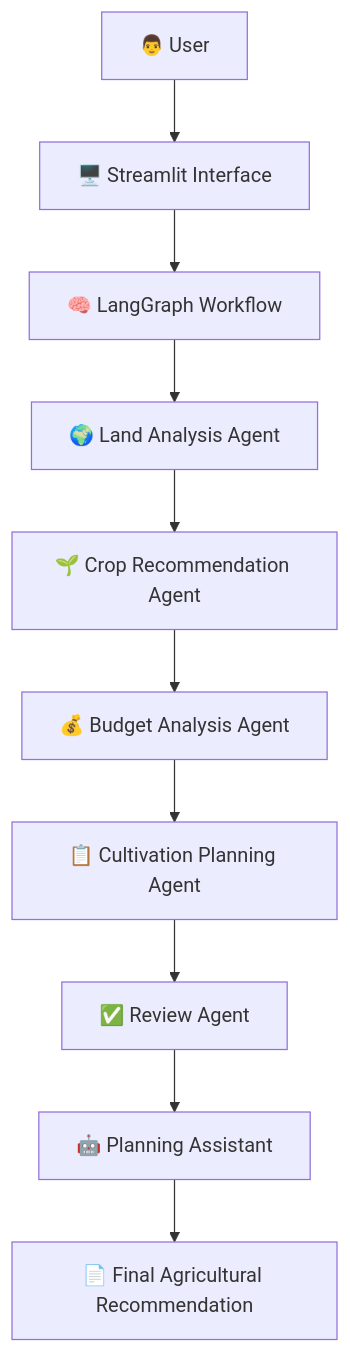
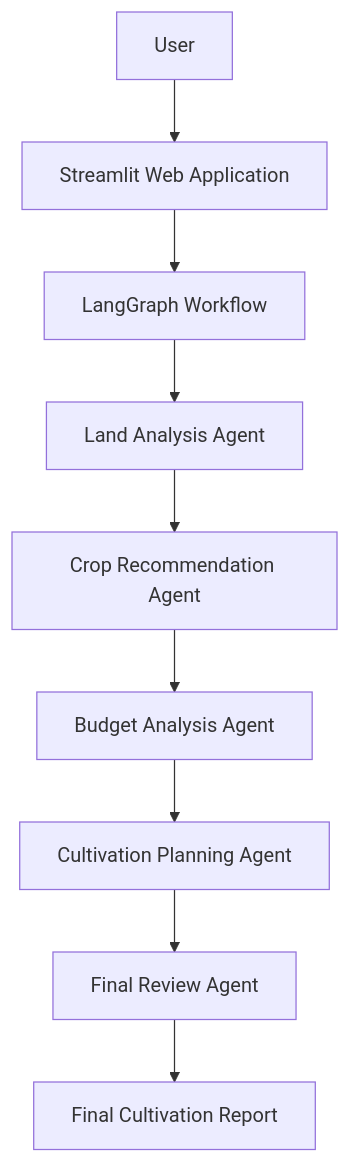
Before and after one commit to dilumgit/Agriculture-Land-Planning-Agent: the first of 3 diagrams in README.md, drawn with Mermaid. The commit also changed other lines of this file and 18 other files, not shown here.

````diff
--- a/README.md
+++ b/README.md
@@ -137,23 +177,21 @@
 ```mermaid
 flowchart TD
 
-A[👨 User]
+A[User]
 
-A --> B[🖥️ Streamlit Interface]
+A --> B[Streamlit Web Application]
 
-B --> C[🧠 LangGraph Workflow]
+B --> C[LangGraph Workflow]
 
-C --> D[🌍 Land Analysis Agent]
+C --> D[Land Analysis Agent]
 
-D --> E[🌱 Crop Recommendation Agent]
+D --> E[Crop Recommendation Agent]
 
-E --> F[💰 Budget Analysis Agent]
+E --> F[Budget Analysis Agent]
 
-F --> G[📋 Cultivation Planning Agent]
+F --> G[Cultivation Planning Agent]
 
-G --> H[✅ Review Agent]
+G --> H[Final Review Agent]
 
-H --> I[🤖 Planning Assistant]
-
-I --> J[📄 Final Agricultural Recommendation]
+H --> I[Final Cultivation Report]
 ```
````
